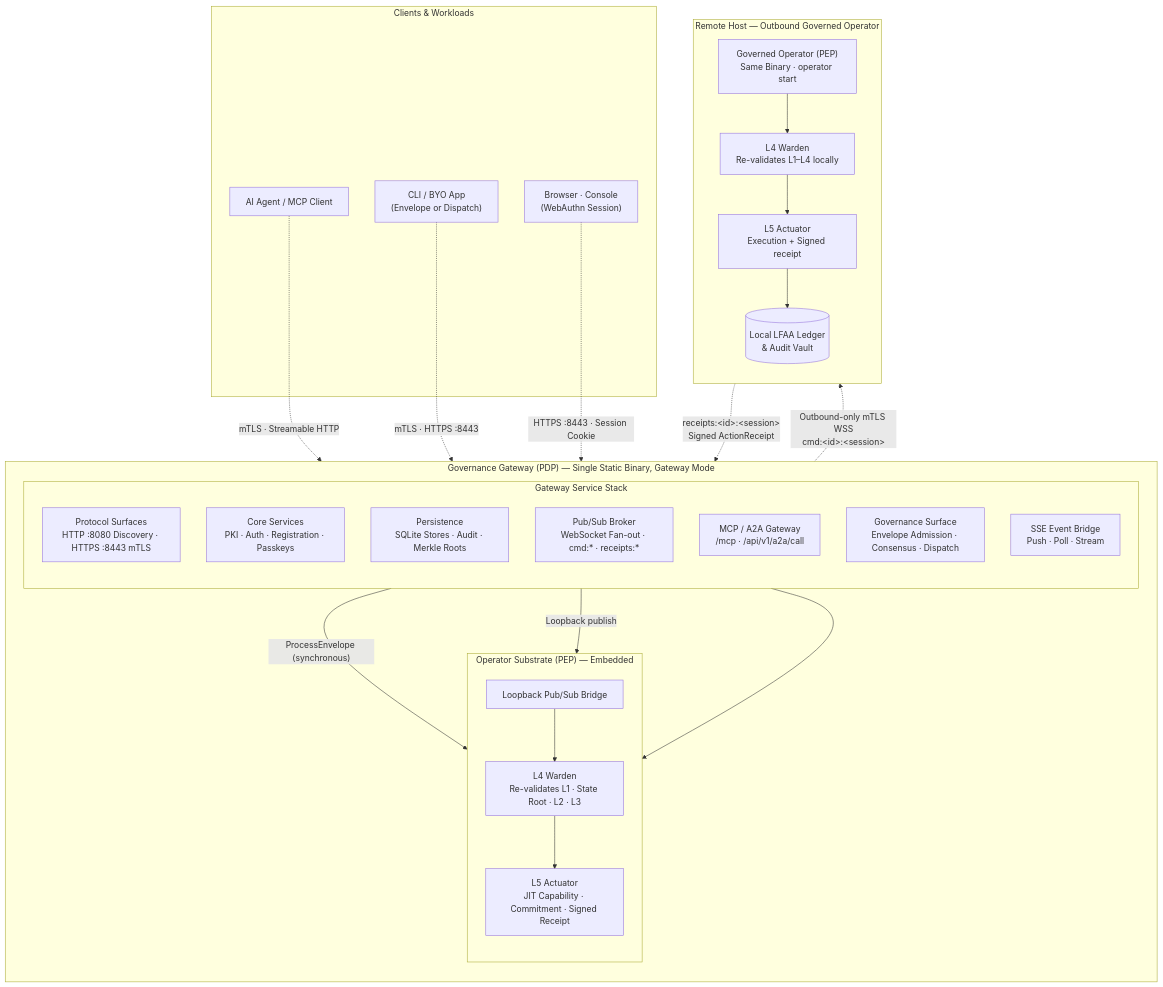
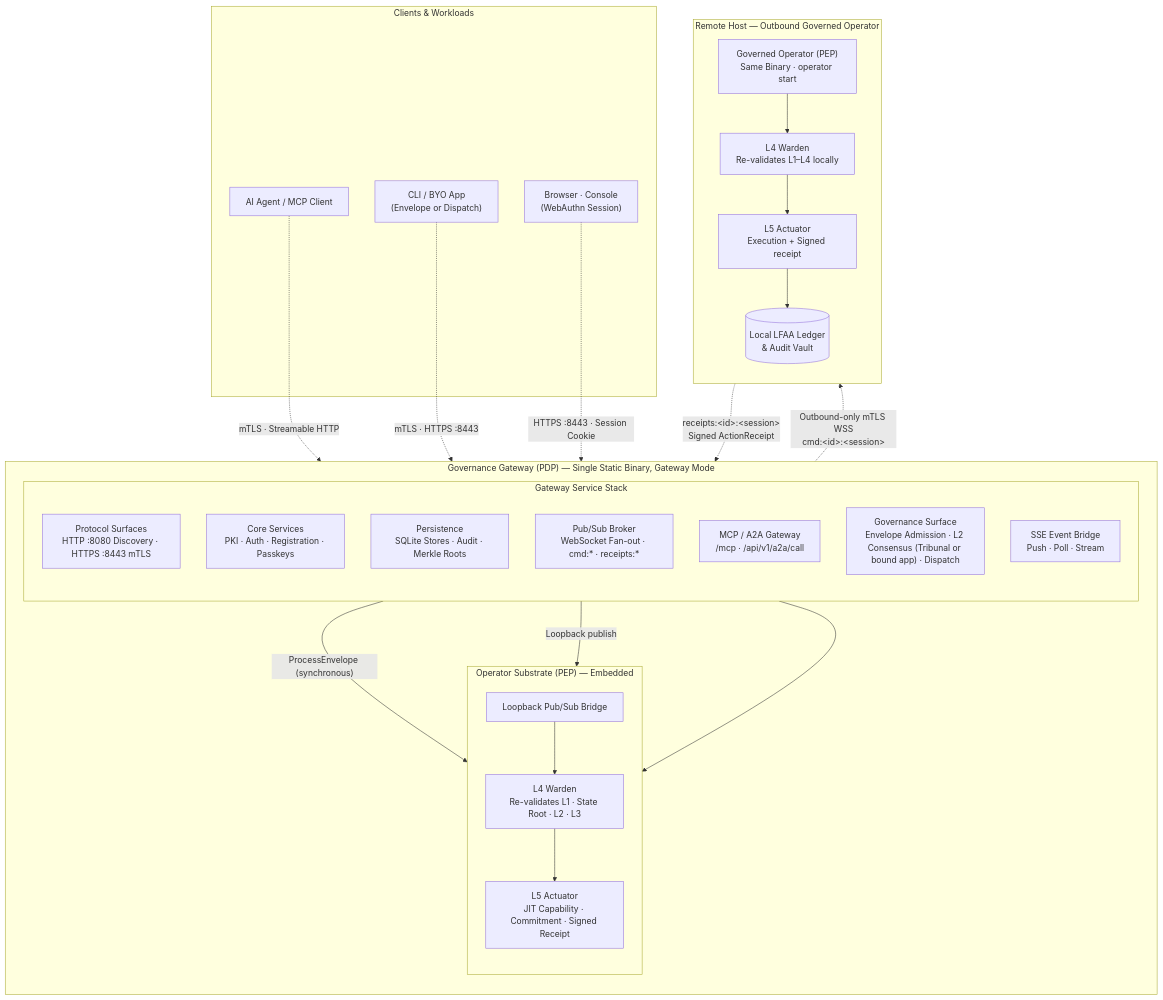
The diagram in docs/diagrams/graph-system-50k.md (zerotrustdata/ztd), drawn with Mermaid before and after one commit. The commit also changed other lines of this file and 708 other files, not shown here.

First line of the commit message:
v1.3.0 - Tribunal Consensus and Governed Execution (#67)

````diff
--- a/docs/diagrams/graph-system-50k.md
+++ b/docs/diagrams/graph-system-50k.md
@@ -30,51 +30,51 @@
 ```mermaid
 graph TD
     subgraph GatewayProcess ["Governance Gateway (PDP) — Single Static Binary, Gateway Mode"]
         direction TB
 
         subgraph GWStack ["Gateway Service Stack"]
             direction TB
             Surfaces["Protocol Surfaces<br/>HTTP :8080 Discovery · HTTPS :8443 mTLS"]
             Services["Core Services<br/>PKI · Auth · Registration · Passkeys"]
             Persistence["Persistence<br/>SQLite Stores · Audit · Merkle Roots"]
             Broker["Pub/Sub Broker<br/>WebSocket Fan-out · cmd:* · receipts:*"]
             MCP["MCP / A2A Gateway<br/>/mcp · /api/v1/a2a/call"]
-            Gov["Governance Surface<br/>Envelope Admission · Consensus · Dispatch"]
+            Gov["Governance Surface<br/>Envelope Admission · L2 Consensus (Tribunal or bound app) · Dispatch"]
             SSE["SSE Event Bridge<br/>Push · Poll · Stream"]
         end
 
         subgraph OpSubstrate ["Operator Substrate (PEP) — Embedded"]
             direction TB
             Loopback["Loopback Pub/Sub Bridge"]
             L4["L4 Warden<br/>Re-validates L1 · State Root · L2 · L3"]
             L5["L5 Actuator<br/>JIT Capability · Commitment · Signed Receipt"]
             Loopback --> L4 --> L5
         end
 
         Gov -- "ProcessEnvelope (synchronous)" --> Loopback
         Broker -- "Loopback publish" --> Loopback
         MCP --> Loopback
     end
 
     subgraph RemoteHost ["Remote Host — Outbound Governed Operator"]
         direction TB
         RemoteOp["Governed Operator (PEP)<br/>Same Binary · operator start"]
         RemoteL4["L4 Warden<br/>Re-validates L1–L4 locally"]
         RemoteL5["L5 Actuator<br/>Execution + Signed receipt"]
         RemoteLedger[("Local LFAA Ledger<br/>& Audit Vault")]
         RemoteOp --> RemoteL4 --> RemoteL5 --> RemoteLedger
     end
 
     subgraph Clients ["Clients & Workloads"]
         Agent["AI Agent / MCP Client"]
         BYO["CLI / BYO App<br/>(Envelope or Dispatch)"]
         Browser["Browser · Console<br/>(WebAuthn Session)"]
     end
 
     Agent -. "mTLS · Streamable HTTP" .-> Surfaces
     BYO -. "mTLS · HTTPS :8443" .-> Gov
     Browser -. "HTTPS :8443 · Session Cookie" .-> Surfaces
 
     Broker -. "Outbound-only mTLS WSS<br/>cmd:&lt;id&gt;:&lt;session&gt;" .-> RemoteOp
     RemoteOp -. "receipts:&lt;id&gt;:&lt;session&gt;<br/>Signed ActionReceipt" .-> Broker
 ```
````
